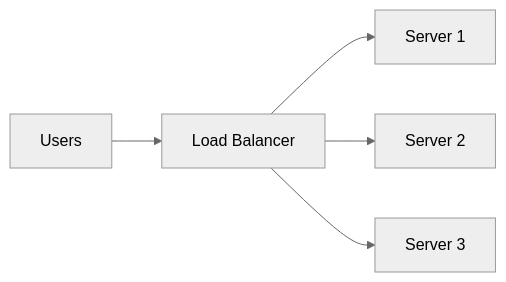
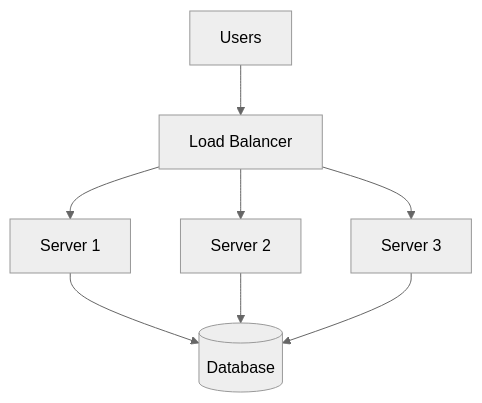
One commit to spawn08/system-design-interview changed the first of 4 diagrams in basics/load_balancer.md. Above: the diagram before and after it, drawn with Mermaid (neutral theme). The commit also changed other lines of this file and 4 other files, not shown here.

````diff
--- a/basics/load_balancer.md
+++ b/basics/load_balancer.md
@@ -32,7 +45,10 @@
 ```mermaid
-flowchart LR
+flowchart TD
     Users[Users] --> LB[Load Balancer]
     LB --> S1[Server 1]
     LB --> S2[Server 2]
     LB --> S3[Server 3]
+    S1 --> DB[(Database)]
+    S2 --> DB
+    S3 --> DB
 ```
````
